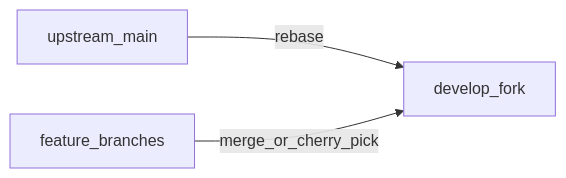
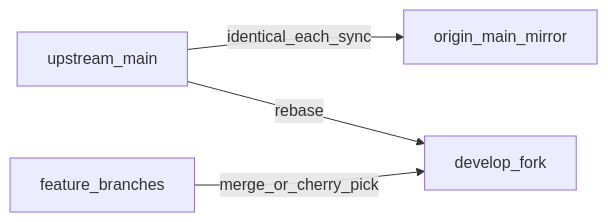
One commit to aculich/retrace changed the diagram in WORKFLOW.md. Above: the diagram before and after it, drawn with Mermaid. The commit also changed other lines of this file and 1 other file, not shown here.

First line of the commit message:
chore: mirror upstream/main to origin/main on each sync; document default branch

````diff
--- a/WORKFLOW.md
+++ b/WORKFLOW.md
@@ -105,8 +104,10 @@
 ```mermaid
 flowchart LR
   upstreamMain[upstream_main]
+  originMain[origin_main_mirror]
   develop[develop_fork]
   feature[feature_branches]
+  upstreamMain -->|identical_each_sync| originMain
   upstreamMain -->|rebase| develop
   feature -->|merge_or_cherry_pick| develop
 ```
````
